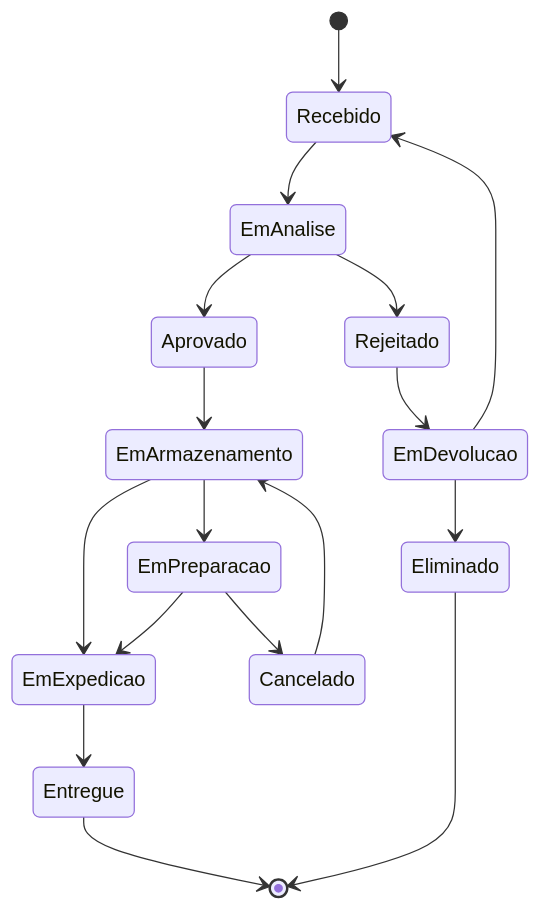
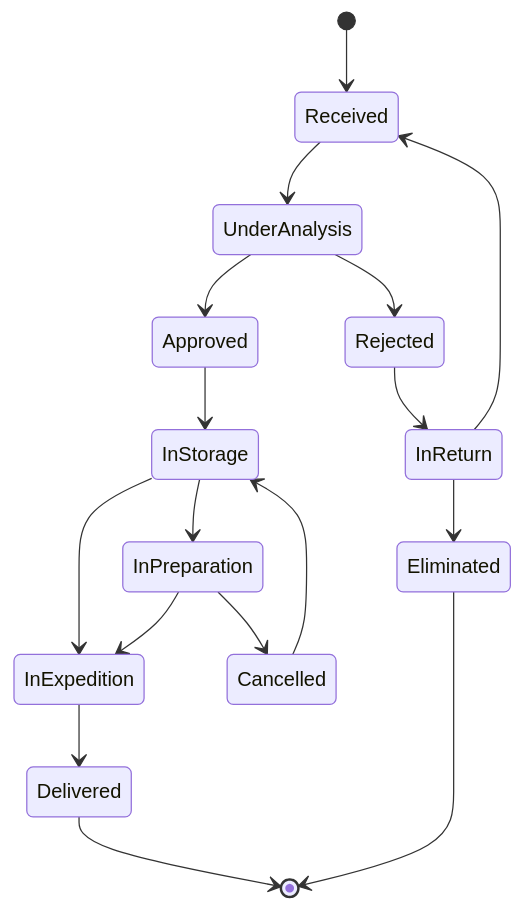
Before and after one commit to GoncaloCoimbra/logistica-multi-tenant: the diagram in frontend/README.md, drawn with Mermaid. The commit also changed other lines of this file, not shown here.

````diff
--- a/frontend/README.md
+++ b/frontend/README.md
@@ -329,19 +329,19 @@
 ```mermaid
 stateDiagram-v2
-    [*] --> Recebido
-    Recebido --> EmAnalise
-    EmAnalise --> Aprovado
-    EmAnalise --> Rejeitado
-    Rejeitado --> EmDevolucao
-    Aprovado --> EmArmazenamento
-    EmArmazenamento --> EmPreparacao
-    EmArmazenamento --> EmExpedicao
-    EmPreparacao --> EmExpedicao
-    EmPreparacao --> Cancelado
-    EmExpedicao --> Entregue
-    EmDevolucao --> Recebido
-    EmDevolucao --> Eliminado
-    Cancelado --> EmArmazenamento
-    Entregue --> [*]
-    Eliminado --> [*]
+    [*] --> Received
+    Received --> UnderAnalysis
+    UnderAnalysis --> Approved
+    UnderAnalysis --> Rejected
+    Rejected --> InReturn
+    Approved --> InStorage
+    InStorage --> InPreparation
+    InStorage --> InExpedition
+    InPreparation --> InExpedition
+    InPreparation --> Cancelled
+    InExpedition --> Delivered
+    InReturn --> Received
+    InReturn --> Eliminated
+    Cancelled --> InStorage
+    Delivered --> [*]
+    Eliminated --> [*]
 ```
````
